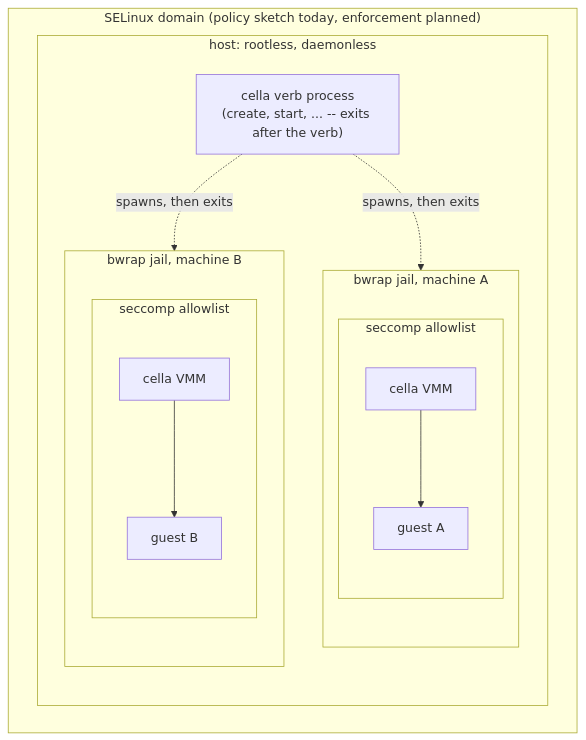
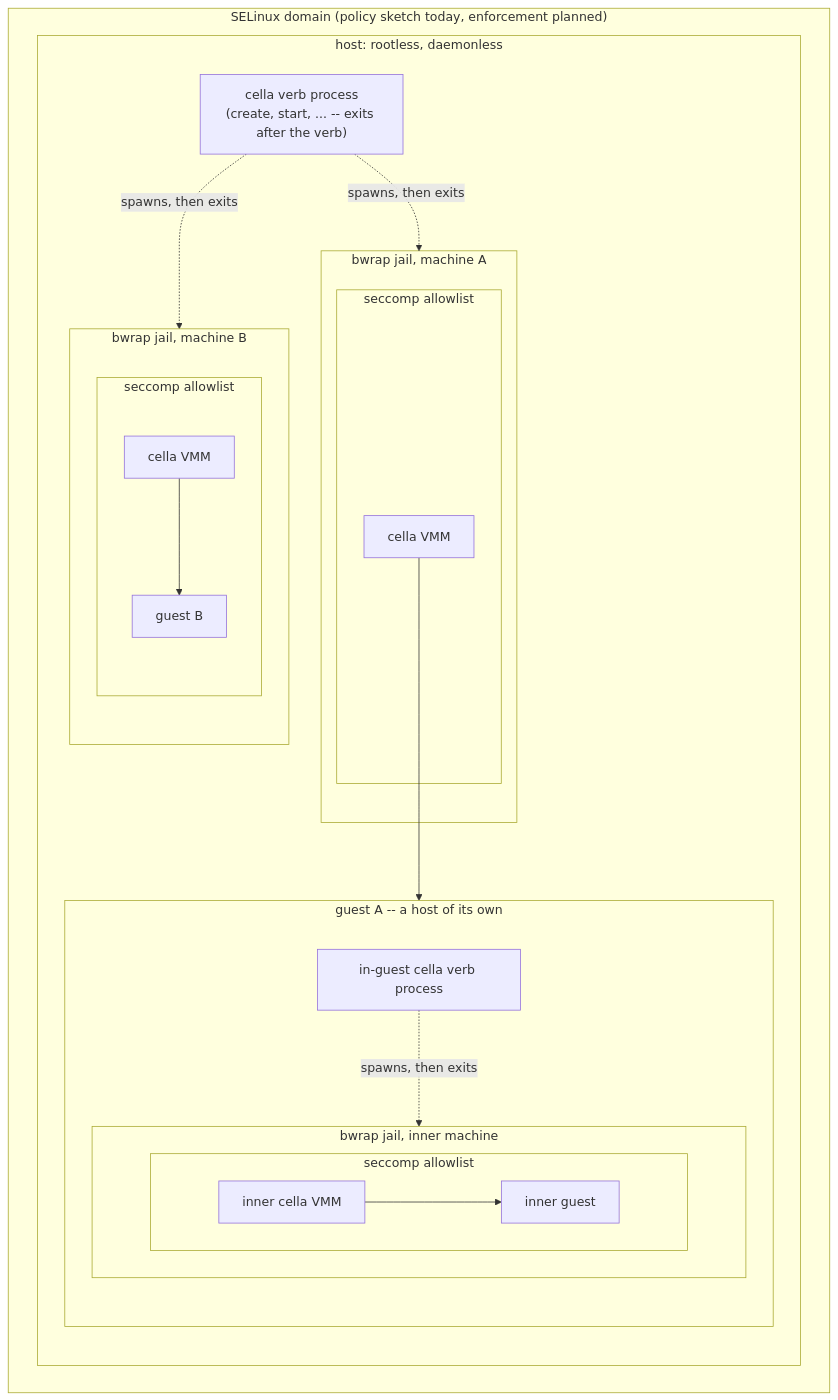
One commit to omne-earth/cella changed the first of 2 diagrams in docs/LIFECYCLE.md. Above: the diagram before and after it, drawn with Mermaid. The commit also changed other lines of this file, not shown here.

Commit message:
Show the nested boundary in the lifecycle document
The security diagram gains one nested level: guest A as a host of
its own, with the in-guest verb process, the inner jail, the inner
seccomp filter, and the inner guest. The prose states the rule: the
inner jail is not optional, the nested images will carry a static
bwrap, and the in-guest verb recursion is the next work item after
the merge.

````diff
--- a/docs/LIFECYCLE.md
+++ b/docs/LIFECYCLE.md
@@ -15,20 +18,30 @@
 ```mermaid
 flowchart TD
     subgraph selinux["SELinux domain (policy sketch today, enforcement planned)"]
         subgraph host["host: rootless, daemonless"]
             V["cella verb process<br/>(create, start, ... -- exits after the verb)"]
             subgraph jail1["bwrap jail, machine A"]
                 subgraph sec1["seccomp allowlist"]
-                    C1["cella VMM"] --> G1["guest A"]
+                    C1["cella VMM"]
                 end
             end
-            subgraph jail2["bwrap jail, machine B"]
-                subgraph sec2["seccomp allowlist"]
-                    C2["cella VMM"] --> G2["guest B"]
+            subgraph guestA["guest A -- a host of its own"]
+                V2["in-guest cella verb process"]
+                subgraph jail2["bwrap jail, inner machine"]
+                    subgraph sec2["seccomp allowlist"]
+                        C2["inner cella VMM"] --> G2["inner guest"]
+                    end
+                end
+            end
+            subgraph jail3["bwrap jail, machine B"]
+                subgraph sec3["seccomp allowlist"]
+                    C3["cella VMM"] --> G3["guest B"]
                 end
             end
         end
     end
+    C1 --> guestA
     V -.->|spawns, then exits| jail1
-    V -.->|spawns, then exits| jail2
+    V -.->|spawns, then exits| jail3
+    V2 -.->|spawns, then exits| jail2
 ```
````
